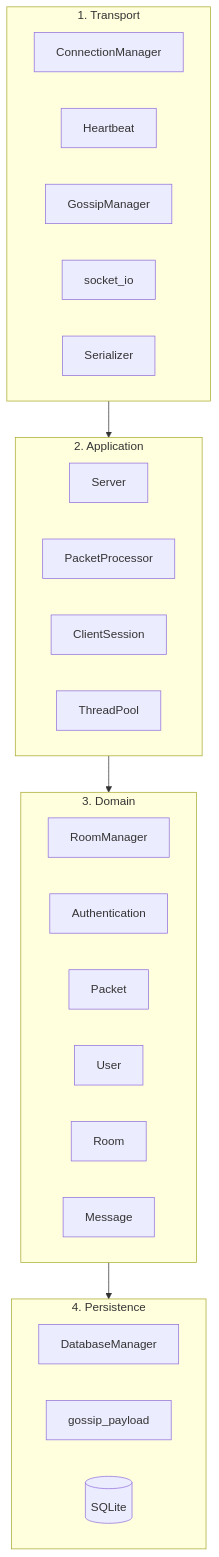
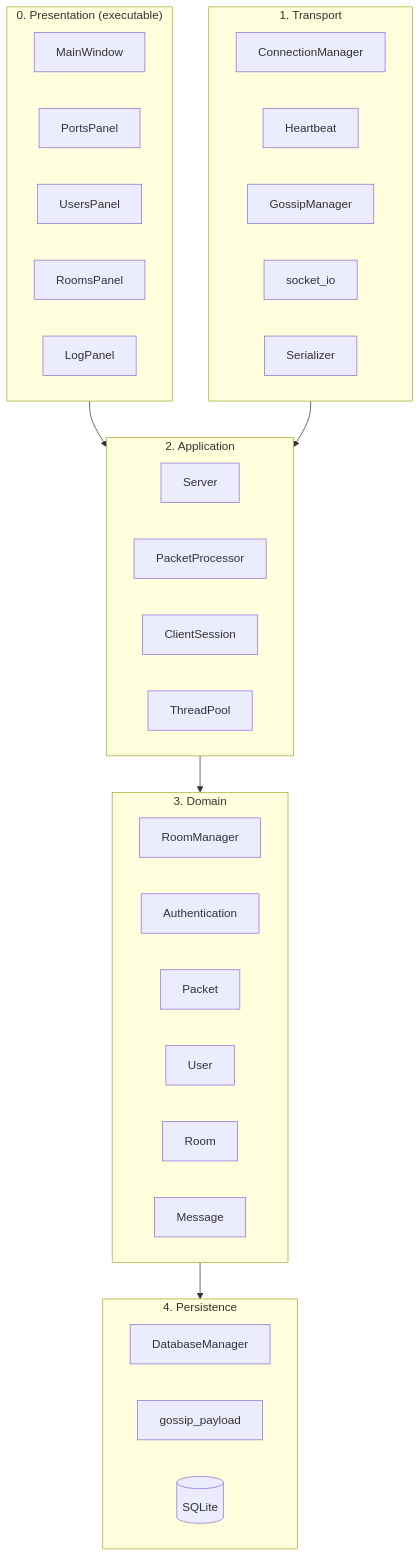
The first of 5 diagrams in architecture.md (OmriSpitzer/Distributed-Chat-Server), drawn with Mermaid before and after one commit. The commit also changed other lines of this file and 22 other files, not shown here.

````diff
--- a/architecture.md
+++ b/architecture.md
@@ -15,40 +15,50 @@
 ```mermaid
 flowchart TB
+  subgraph S_L0["0. Presentation (executable)"]
+    direction LR
+    MainWindow
+    PortsPanel
+    UsersPanel
+    RoomsPanel
+    LogPanel
+  end
+
   subgraph S_L1["1. Transport"]
     direction LR
     ConnectionManager
     Heartbeat
     GossipManager
     socket_io
     Serializer
   end
 
   subgraph S_L2["2. Application"]
     direction LR
     Server
     PacketProcessor
     ClientSession
     ThreadPool
   end
 
   subgraph S_L3["3. Domain"]
     direction LR
     RoomManager
     Authentication
     Packet
     User
     Room
     Message
   end
 
   subgraph S_L4["4. Persistence"]
     direction LR
     DatabaseManager
     gossip_payload
     SQLite[("SQLite")]
   end
 
+  S_L0 --> S_L2
   S_L1 --> S_L2
   S_L2 --> S_L3
   S_L3 --> S_L4
 ```
````
